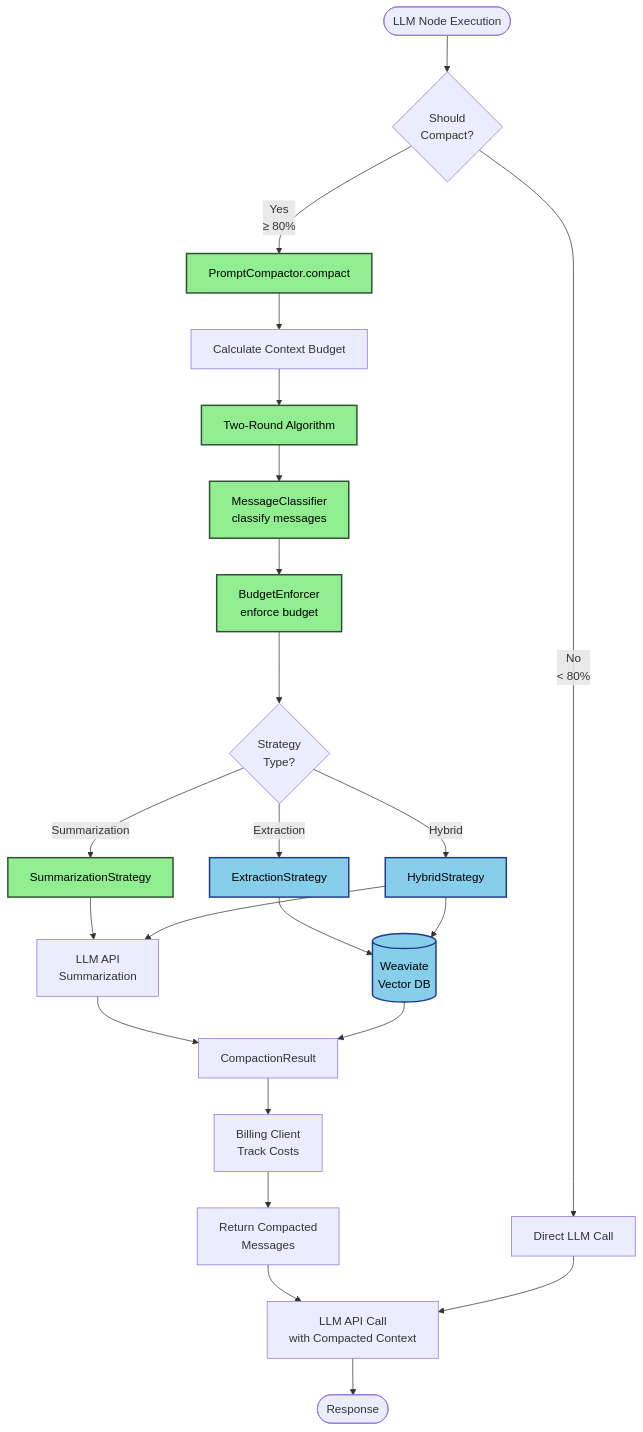
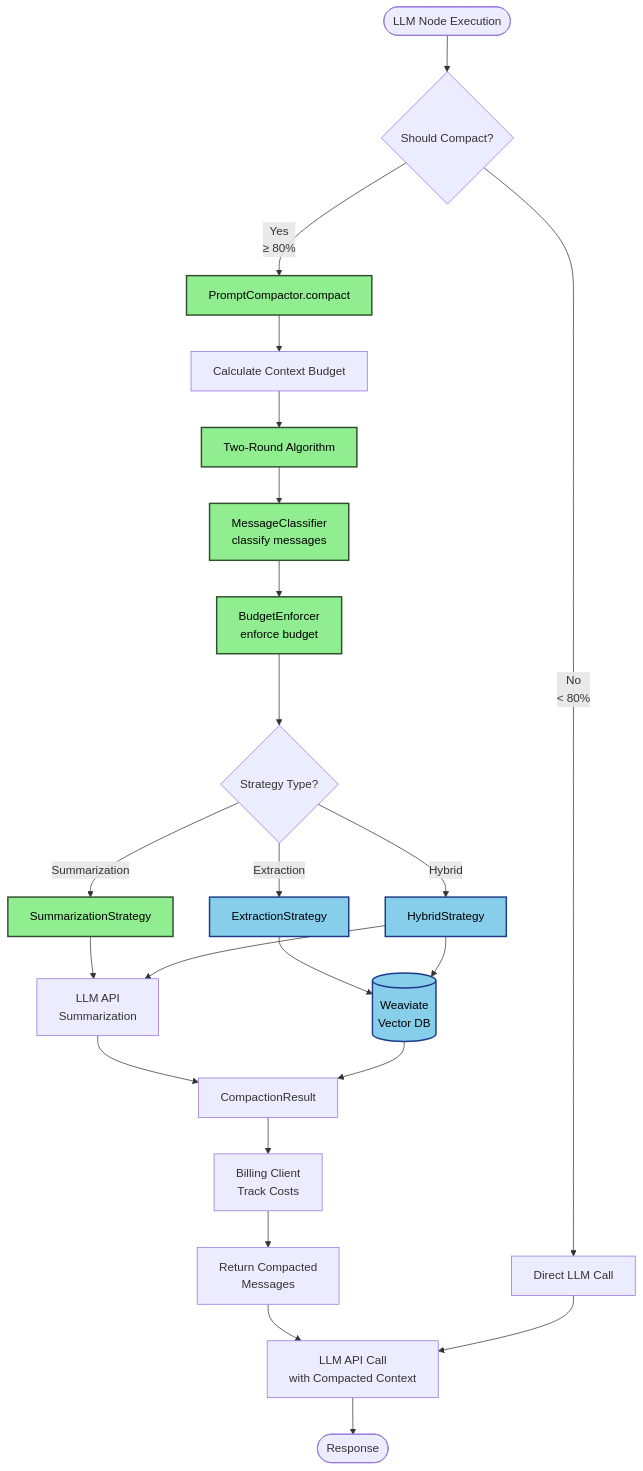
One commit to Deepakk681/kiwiq changed the second of 22 diagrams in docs/design_docs/workflow_service_docs/technical_design/prompt_compaction/CODE_FLOW_DIAGRAMS.md. Above: the diagram before and after it, drawn with Mermaid. The commit also changed other lines of this file and 38 other files, not shown here.

````diff
--- a/docs/design_docs/workflow_service_docs/technical_design/prompt_compaction/CODE_FLOW_DIAGRAMS.md
+++ b/docs/design_docs/workflow_service_docs/technical_design/prompt_compaction/CODE_FLOW_DIAGRAMS.md
@@ -101,39 +122,39 @@
 ```mermaid
 graph TB
-    START([LLM Node Execution]) --> CHECK{Should<br/>Compact?}
+    START([LLM Node Execution]) --> CHECK{Should Compact?}
     CHECK -->|No<br/>< 80%| DIRECT[Direct LLM Call]
     CHECK -->|Yes<br/>≥ 80%| COMPACT[PromptCompactor.compact]
 
     COMPACT --> CALC[Calculate Context Budget]
     CALC --> TWO_ROUND[Two-Round Algorithm]
 
     TWO_ROUND --> CLASSIFY[MessageClassifier<br/>classify messages]
     CLASSIFY --> ENFORCE[BudgetEnforcer<br/>enforce budget]
-    ENFORCE --> STRATEGY{Strategy<br/>Type?}
+    ENFORCE --> STRATEGY{Strategy Type?}
 
     STRATEGY -->|Summarization| SUM_STRAT[SummarizationStrategy]
     STRATEGY -->|Extraction| EXT_STRAT[ExtractionStrategy]
     STRATEGY -->|Hybrid| HYB_STRAT[HybridStrategy]
 
     SUM_STRAT --> LLM_API[LLM API<br/>Summarization]
     EXT_STRAT --> WEAVIATE[(Weaviate<br/>Vector DB)]
     HYB_STRAT --> LLM_API
     HYB_STRAT --> WEAVIATE
 
     LLM_API --> RESULT[CompactionResult]
     WEAVIATE --> RESULT
 
     RESULT --> BILLING[Billing Client<br/>Track Costs]
     BILLING --> FINAL[Return Compacted<br/>Messages]
 
     FINAL --> LLM_CALL[LLM API Call<br/>with Compacted Context]
     DIRECT --> LLM_CALL
 
     LLM_CALL --> END([Response])
 
     classDef v20 fill:#90EE90,stroke:#2F4F2F,stroke-width:2px,color:#000
     classDef v21 fill:#87CEEB,stroke:#1E3A8A,stroke-width:2px,color:#000
 
     class COMPACT,TWO_ROUND,CLASSIFY,ENFORCE,SUM_STRAT v20
     class EXT_STRAT,HYB_STRAT,WEAVIATE v21
 ```
````
